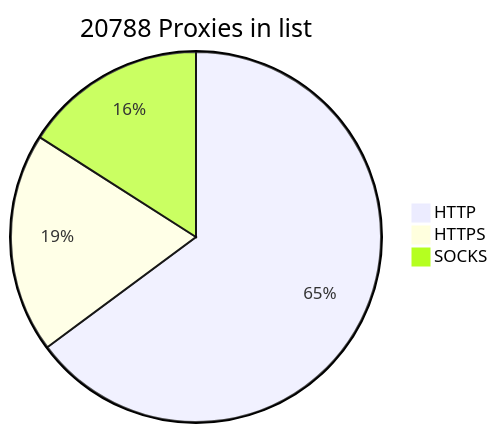
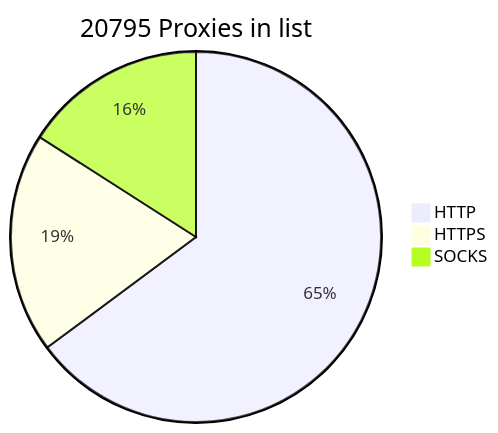
One commit to BlackSnowDot/proxylist-update-every-minute changed the diagram in README.md. Above: the diagram before and after it, drawn with Mermaid. The commit also changed other lines of this file, not shown here.

````diff
--- a/README.md
+++ b/README.md
@@ -2,6 +2,6 @@
 ```mermaid
-pie title 20788 Proxies in list
-    "HTTP" : 15253
-    "HTTPS": 4517
+pie title 20795 Proxies in list
+    "HTTP" : 15255
+    "HTTPS": 4523
     "SOCKS" : 3752
 ```
````
